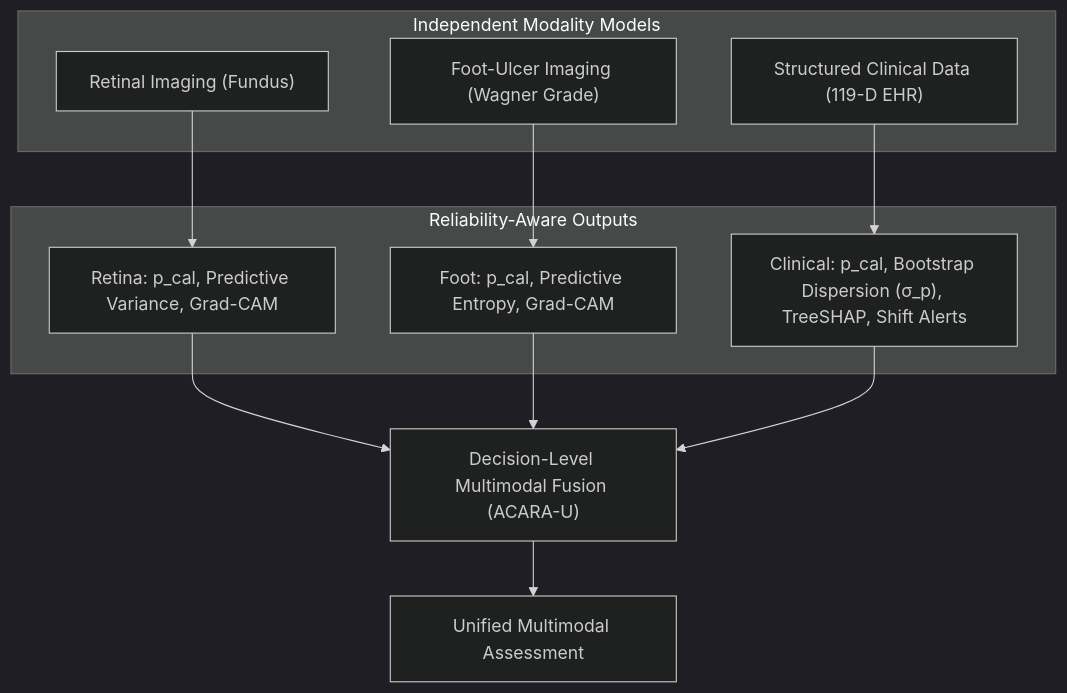
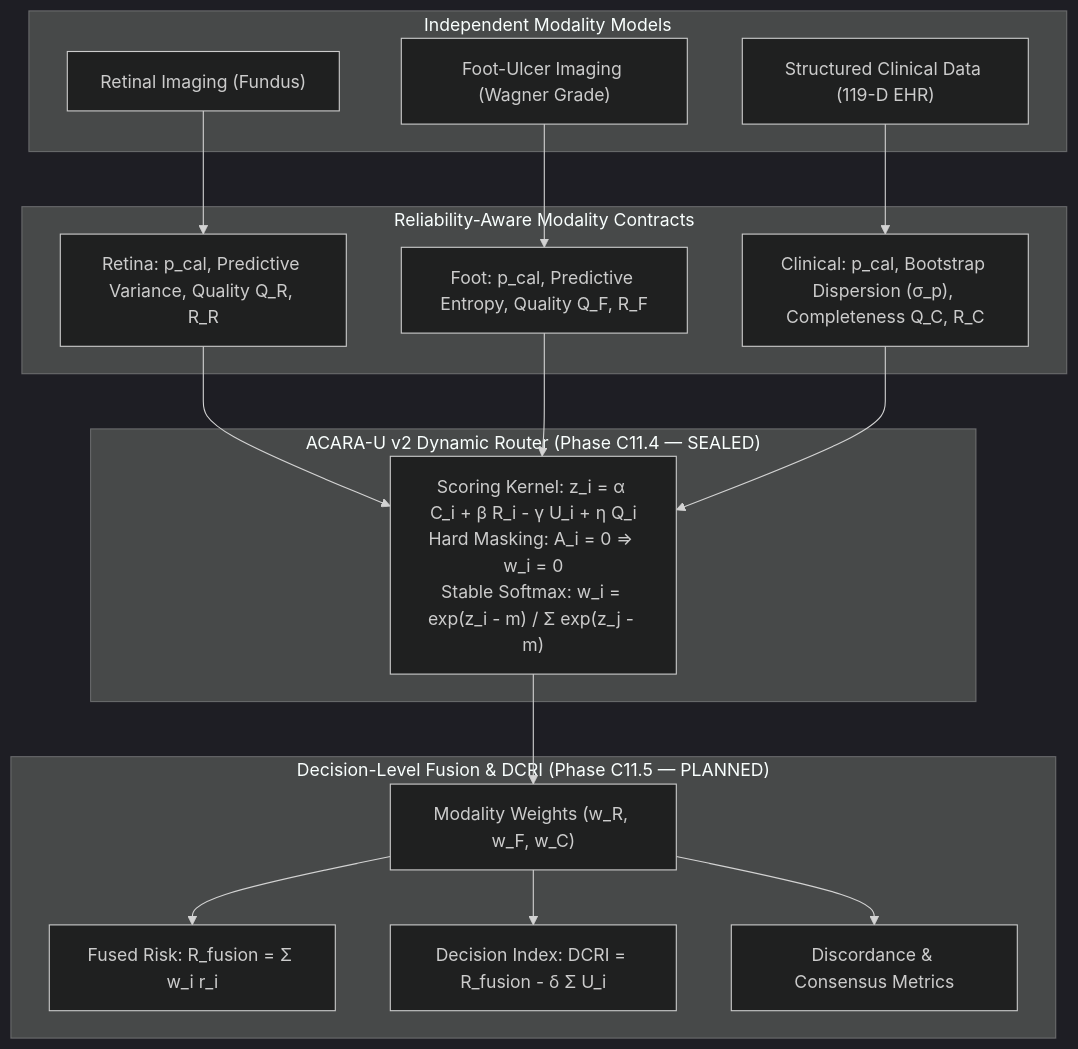
One commit to Dr-Venom29/FusionMedAI changed the first of 3 diagrams in README.md. Above: the diagram before and after it, drawn with Mermaid (dark theme). The commit also changed other lines of this file and 24 other files, not shown here.

Commit message:
feat(fusion): implement and seal ACARA-U dynamic router

````diff
--- a/README.md
+++ b/README.md
@@ -17,24 +17,34 @@
 ```mermaid
 flowchart TD
     subgraph Modalities["Independent Modality Models"]
         R["Retinal Imaging (Fundus)"]
         F["Foot-Ulcer Imaging (Wagner Grade)"]
         C["Structured Clinical Data (119-D EHR)"]
     end
     
-    subgraph Outputs["Reliability-Aware Outputs"]
-        RO["Retina: p_cal, Predictive Variance, Grad-CAM"]
-        FO["Foot: p_cal, Predictive Entropy, Grad-CAM"]
-        CO["Clinical: p_cal, Bootstrap Dispersion (σ_p), TreeSHAP, Shift Alerts"]
+    subgraph Outputs["Reliability-Aware Modality Contracts"]
+        RO["Retina: p_cal, Predictive Variance, Quality Q_R, R_R"]
+        FO["Foot: p_cal, Predictive Entropy, Quality Q_F, R_F"]
+        CO["Clinical: p_cal, Bootstrap Dispersion (σ_p), Completeness Q_C, R_C"]
     end
     
     R --> RO
     F --> FO
     C --> CO
     
-    RO --> Fusion["Decision-Level Multimodal Fusion (ACARA-U)"]
-    FO --> Fusion
-    CO --> Fusion
+    subgraph RouterStage["ACARA-U v2 Dynamic Router (Phase C11.4 — SEALED)"]
+        Router["Scoring Kernel: z_i = α C_i + β R_i - γ U_i + η Q_i<br/>Hard Masking: A_i = 0 ⇒ w_i = 0<br/>Stable Softmax: w_i = exp(z_i - m) / Σ exp(z_j - m)"]
+    end
     
-    Fusion --> Unified["Unified Multimodal Assessment"]
+    RO --> Router
+    FO --> Router
+    CO --> Router
+    
+    subgraph FusionStage["Decision-Level Fusion & DCRI (Phase C11.5 — PLANNED)"]
+        Weights["Modality Weights (w_R, w_F, w_C)"] --> Fused["Fused Risk: R_fusion = Σ w_i r_i"]
+        Weights --> DCRI["Decision Index: DCRI = R_fusion - δ Σ U_i"]
+        Weights --> Dis["Discordance & Consensus Metrics"]
+    end
+    
+    Router --> Weights
 ```
````
